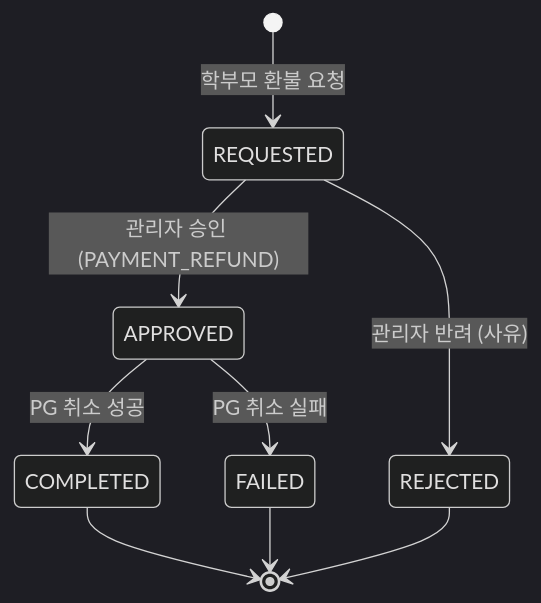
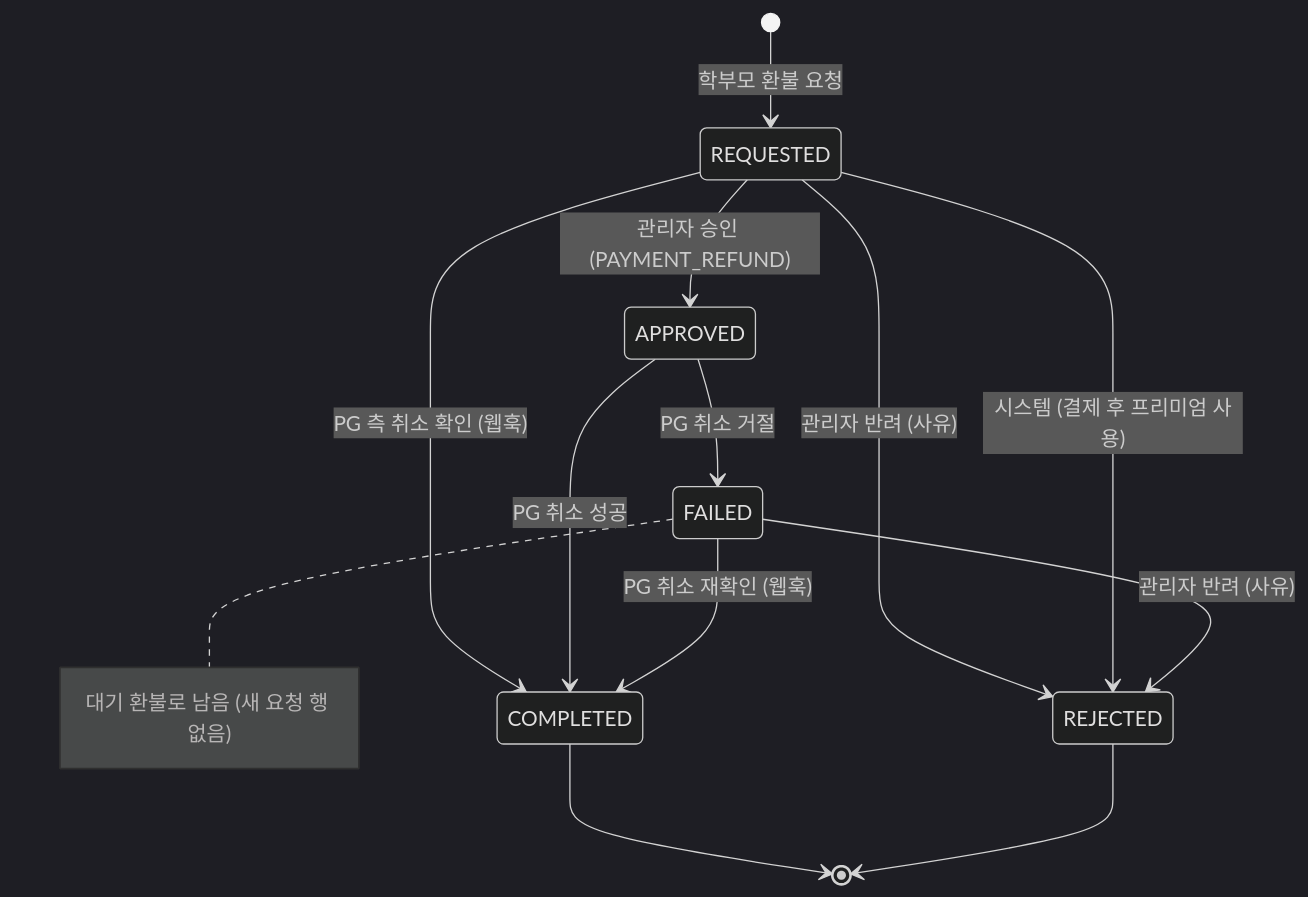
Before and after one commit to SKNETWORKS-FAMILY-AICAMP/SKN34-FINAL-3TEAM: diagram 20 of 24 in docs/design/state-diagram.md, drawn with Mermaid (dark theme). The commit also changed other lines of this file and 2 other files, not shown here.

````diff
--- a/docs/design/state-diagram.md
+++ b/docs/design/state-diagram.md
@@ -596,11 +601,17 @@
 ```mermaid
 stateDiagram-v2
   [*] --> REQUESTED: 학부모 환불 요청
   REQUESTED --> APPROVED: 관리자 승인 (PAYMENT_REFUND)
   REQUESTED --> REJECTED: 관리자 반려 (사유)
+  REQUESTED --> REJECTED: 시스템 (결제 후 프리미엄 사용)
+  REQUESTED --> COMPLETED: PG 측 취소 확인 (웹훅)
   APPROVED --> COMPLETED: PG 취소 성공
-  APPROVED --> FAILED: PG 취소 실패
+  APPROVED --> FAILED: PG 취소 거절
+  FAILED --> REJECTED: 관리자 반려 (사유)
+  FAILED --> COMPLETED: PG 취소 재확인 (웹훅)
   COMPLETED --> [*]
   REJECTED --> [*]
-  FAILED --> [*]
+  note right of FAILED
+    대기 환불로 남음 (새 요청 행 없음)
+  end note
 ```
````
